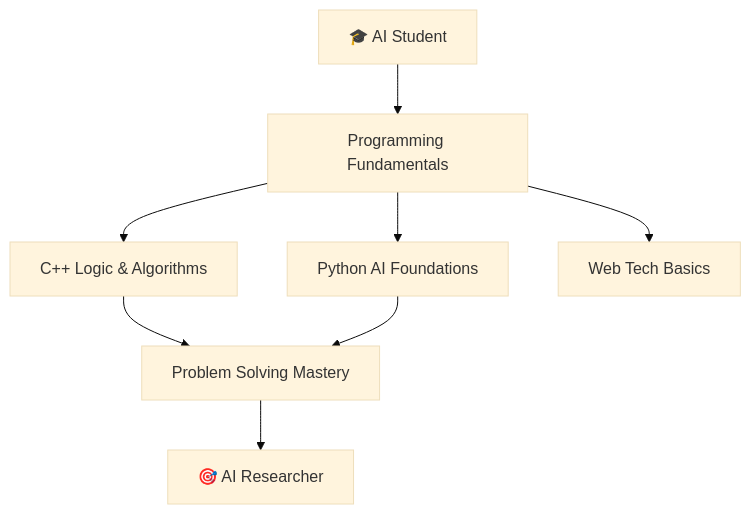
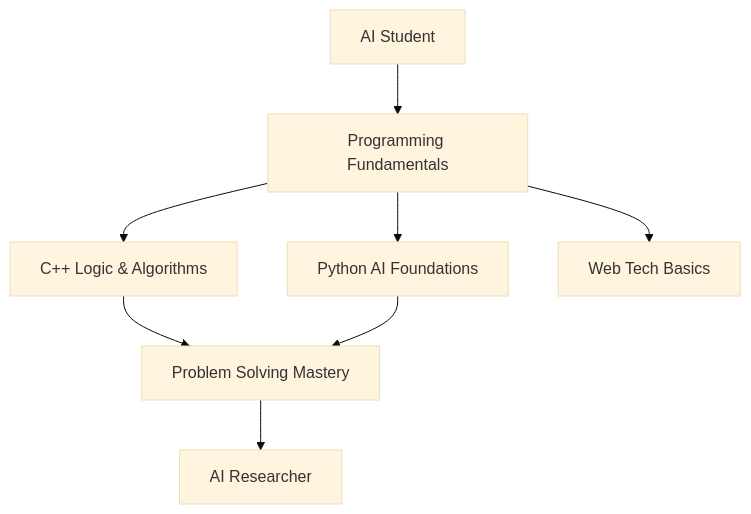
Before and after one commit to Rafhy-Khan/Rafhy-Khan: the diagram in README.md, drawn with Mermaid (base theme). The commit also changed other lines of this file, not shown here.

````diff
--- a/README.md
+++ b/README.md
@@ -51,10 +51,10 @@
 ```mermaid
 graph TD
-    A[🎓 AI Student] --> B[Programming Fundamentals]
+    A[ AI Student] --> B[Programming Fundamentals]
     B --> C[C++ Logic & Algorithms]
     B --> D[Python AI Foundations]
     B --> E[Web Tech Basics]
     C --> F[Problem Solving Mastery]
     D --> F
-    F --> G[🎯 AI Researcher]
+    F --> G[ AI Researcher]
 ```
````
